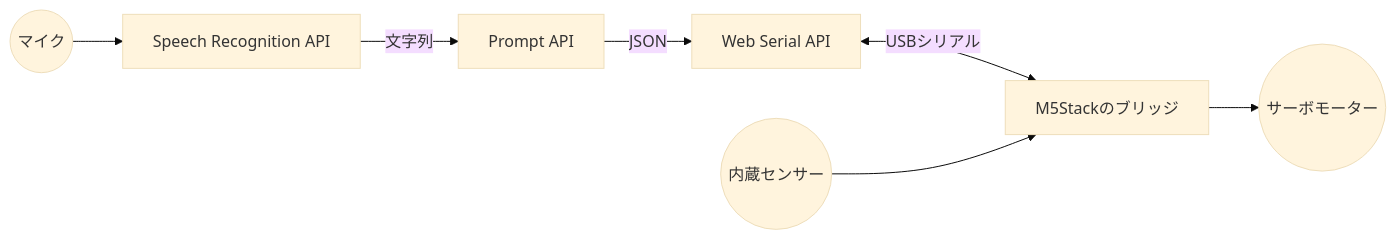
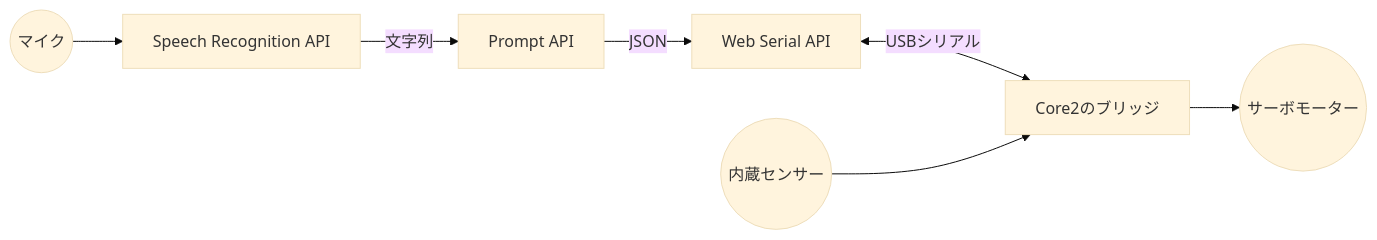
The diagram in src/web-serial/index.md (kou029w/intro-to-web-dev), drawn with Mermaid (base theme) before and after one commit. The commit also changed other lines of this file and 14 other files, not shown here.

````diff
--- a/src/web-serial/index.md
+++ b/src/web-serial/index.md
@@ -17,9 +17,9 @@
 ```mermaid
 flowchart LR
     Mic((マイク)) --> SR[Speech Recognition API]
     SR -- 文字列 --> LM[Prompt API]
     LM -- JSON --> WS[Web Serial API]
-    WS <-- USBシリアル --> FW[M5Stackのブリッジ]
+    WS <-- USBシリアル --> FW[Core2のブリッジ]
     FW --> Servo((サーボモーター))
     IMU((内蔵センサー)) --> FW
 ```
````
